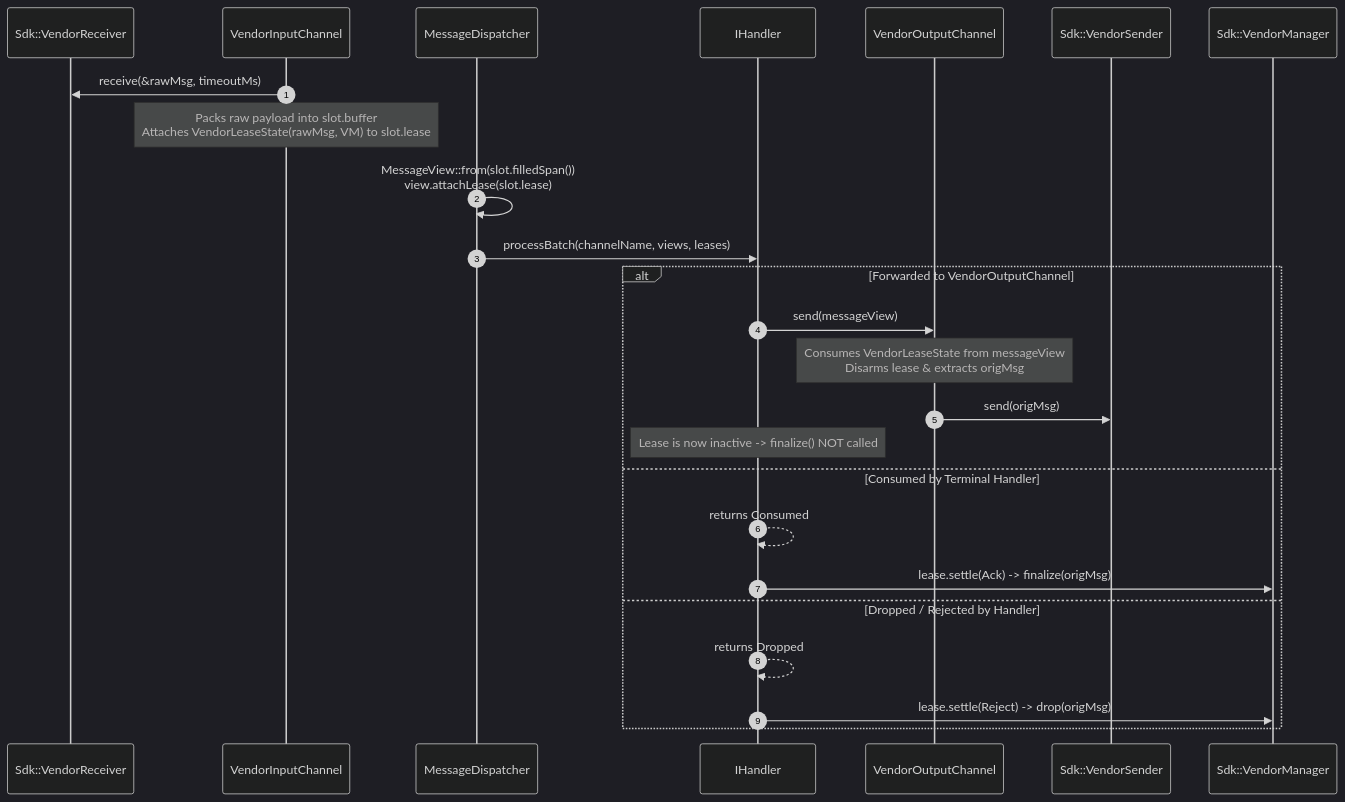
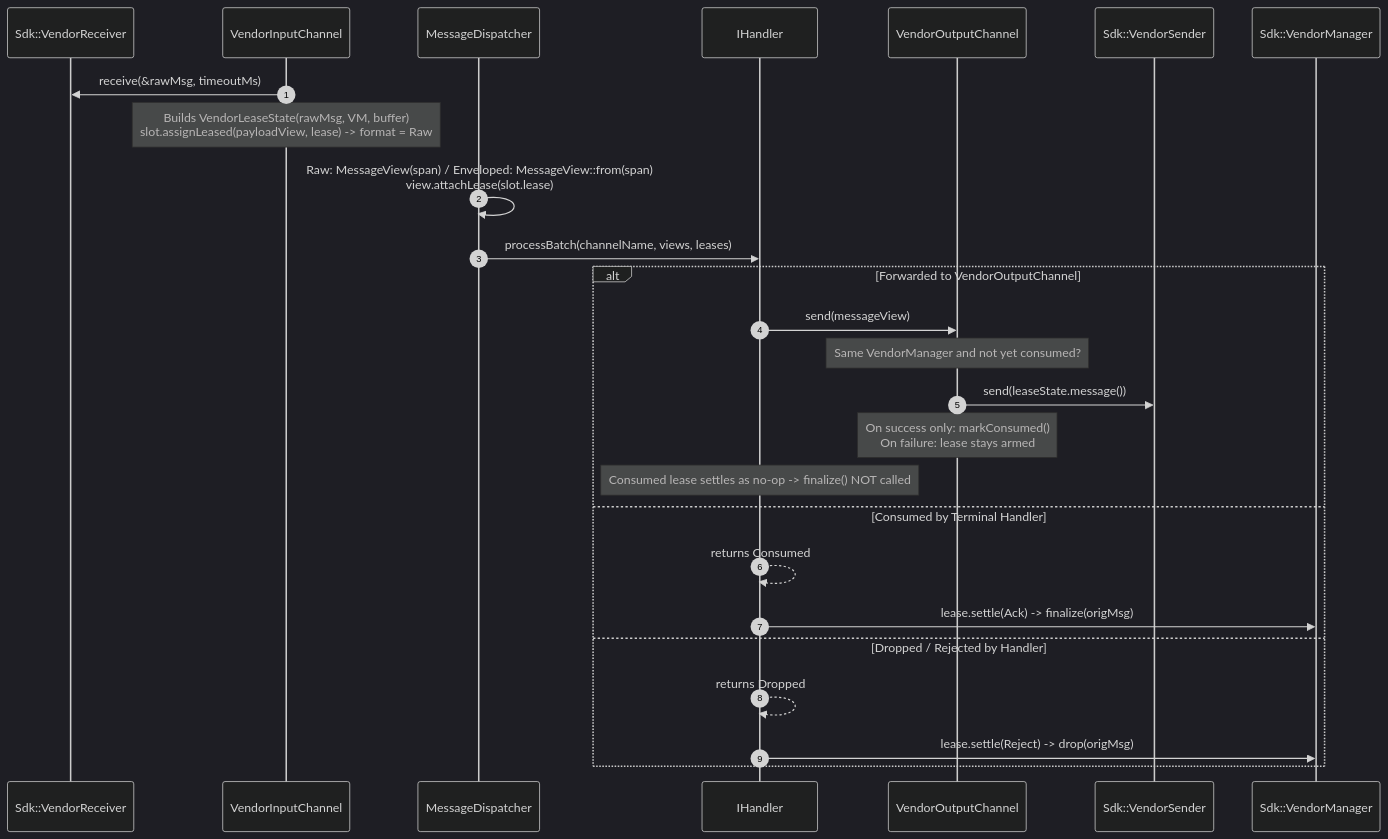
Before and after one commit to notzain/proxy-pipeline: the diagram in docs/features/transport/007-transport-vendor-sdk-backend.md, drawn with Mermaid (dark theme). The commit also changed other lines of this file and 33 other files, not shown here.

First line of the commit message:
feat(vendor): support dual-mode leased payloads and harden consuming forward

````diff
--- a/docs/features/transport/007-transport-vendor-sdk-backend.md
+++ b/docs/features/transport/007-transport-vendor-sdk-backend.md
@@ -22,29 +31,30 @@
 ```mermaid
 sequenceDiagram
     autonumber
     participant VR as Sdk::VendorReceiver
     participant VIC as VendorInputChannel
     participant Disp as MessageDispatcher
     participant H as IHandler
     participant VOC as VendorOutputChannel
     participant VS as Sdk::VendorSender
     participant VM as Sdk::VendorManager
 
     VIC->>VR: receive(&rawMsg, timeoutMs)
-    Note over VIC: Packs raw payload into slot.buffer<br/>Attaches VendorLeaseState(rawMsg, VM) to slot.lease
-    Disp->>Disp: MessageView::from(slot.filledSpan())<br/>view.attachLease(slot.lease)
+    Note over VIC: Builds VendorLeaseState(rawMsg, VM, buffer)<br/>slot.assignLeased(payloadView, lease) -> format = Raw
+    Disp->>Disp: Raw: MessageView(span) / Enveloped: MessageView::from(span)<br/>view.attachLease(slot.lease)
     Disp->>H: processBatch(channelName, views, leases)
 
     alt Forwarded to VendorOutputChannel
         H->>VOC: send(messageView)
-        Note over VOC: Consumes VendorLeaseState from messageView<br/>Disarms lease & extracts origMsg
-        VOC->>VS: send(origMsg)
-        Note over H: Lease is now inactive -> finalize() NOT called
+        Note over VOC: Same VendorManager and not yet consumed?
+        VOC->>VS: send(leaseState.message())
+        Note over VOC: On success only: markConsumed()<br/>On failure: lease stays armed
+        Note over H: Consumed lease settles as no-op -> finalize() NOT called
     else Consumed by Terminal Handler
         H-->>H: returns Consumed
         H->>VM: lease.settle(Ack) -> finalize(origMsg)
     else Dropped / Rejected by Handler
         H-->>H: returns Dropped
         H->>VM: lease.settle(Reject) -> drop(origMsg)
     end
 ```
````
